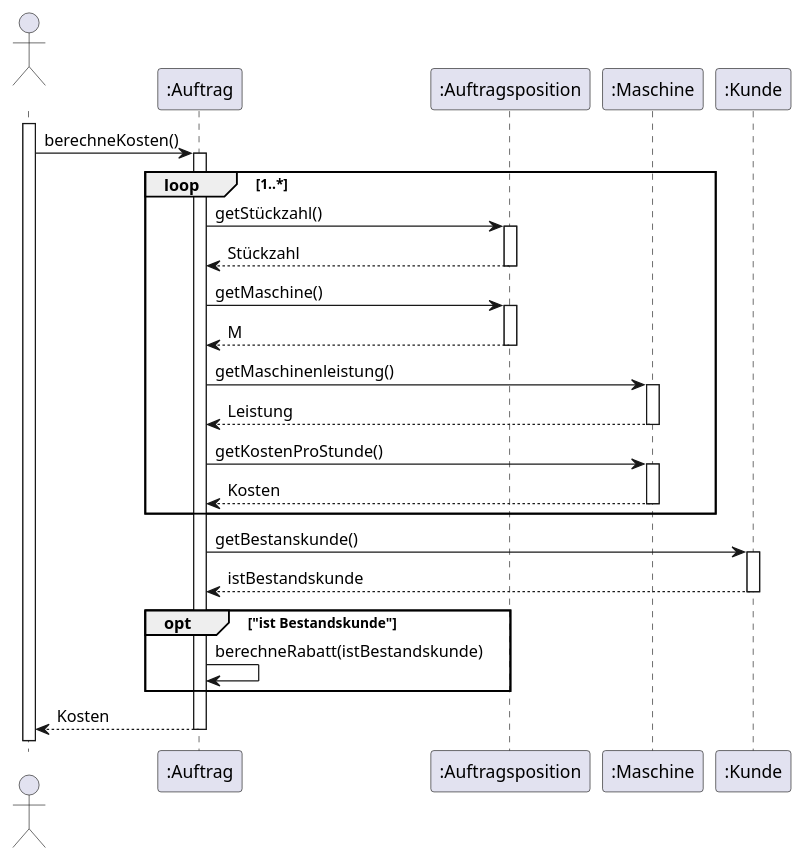
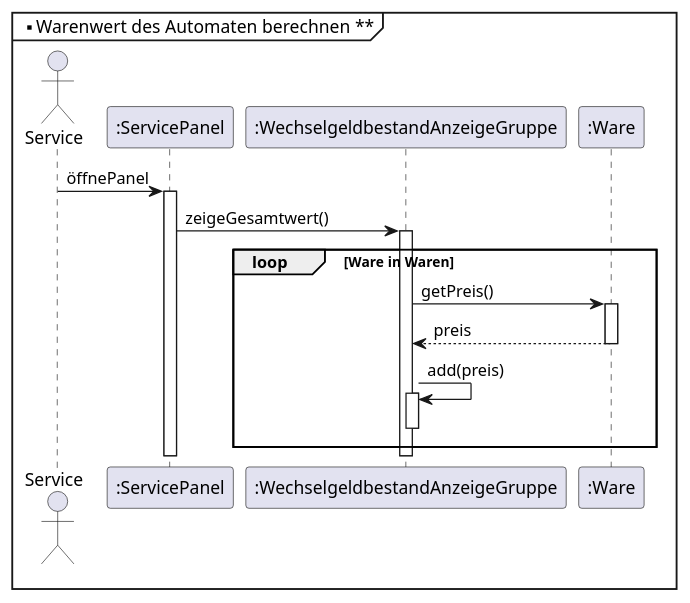
Before and after one commit to egoat/MAS-SE22_Warenautomat2022_Analyse: the fourth of 4 diagrams in Warenautomat.md, drawn with PlantUML. The commit also changed other lines of this file, not shown here.

Commit message:
Merge Squenzdiagramm Alex (aus Chat)

````diff
--- a/Warenautomat.md
+++ b/Warenautomat.md
@@ -187,50 +340,28 @@
 ```plantuml
 @startuml
 
-actor " " as B
-participant ":Auftrag" as A
-participant ":Auftragsposition" as P
-participant ":Maschine" as M
-participant ":Kunde" as K
+mainframe ** Warenwert des Automaten berechnen **
 
-activate B
+actor "Service" as Service
+participant ":ServicePanel" as ServicePanel
 
-B -> A : berechneKosten()
-activate A
-
-loop 1..*
-    A -> P : getStückzahl()
-    activate P
-    A <-- P : Stückzahl
-    deactivate P
-
-    A -> P : getMaschine()
-    activate P
-    A <-- P : M
-    deactivate P
-
-    A -> M : getMaschinenleistung()
-    activate M
-    A <-- M : Leistung
-    deactivate M
-
-    A -> M : getKostenProStunde()
-    activate M
-    A <-- M : Kosten
-    deactivate M
-end
-
-A -> K : getBestanskunde()
-activate K
-A <-- K : istBestandskunde
-deactivate K
-
-opt "ist Bestandskunde"
-    A -> A : berechneRabatt(istBestandskunde)
-end
-
-B <-- A : Kosten
-deactivate A
+Service -> ServicePanel : öffnePanel
+activate ServicePanel
+    participant ":WechselgeldbestandAnzeigeGruppe" as WechselgeldbestandAnzeigeGruppe
+    ServicePanel -> WechselgeldbestandAnzeigeGruppe : zeigeGesamtwert()
+    activate WechselgeldbestandAnzeigeGruppe
+        participant ":Ware" as Ware
+        loop Ware in Waren
+            WechselgeldbestandAnzeigeGruppe -> Ware : getPreis()
+                activate Ware
+                WechselgeldbestandAnzeigeGruppe <-- Ware : preis
+                deactivate Ware
+            WechselgeldbestandAnzeigeGruppe -> WechselgeldbestandAnzeigeGruppe : add(preis)
+                activate WechselgeldbestandAnzeigeGruppe
+                deactivate WechselgeldbestandAnzeigeGruppe
+        end
+    deactivate WechselgeldbestandAnzeigeGruppe
+deactivate ServicePanel
 
 @enduml
 ```
````
